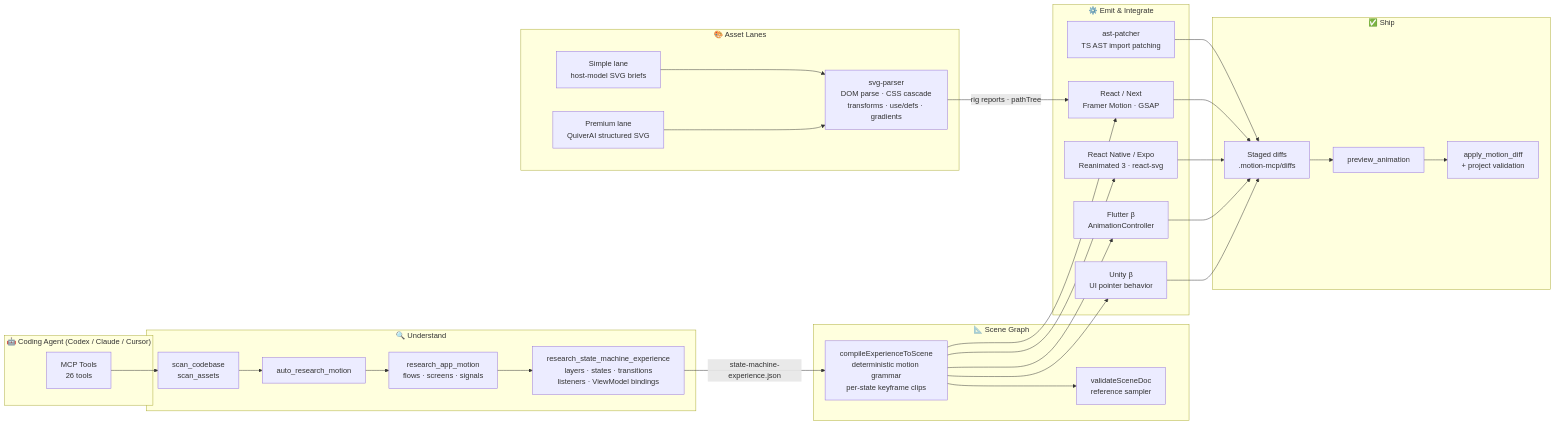
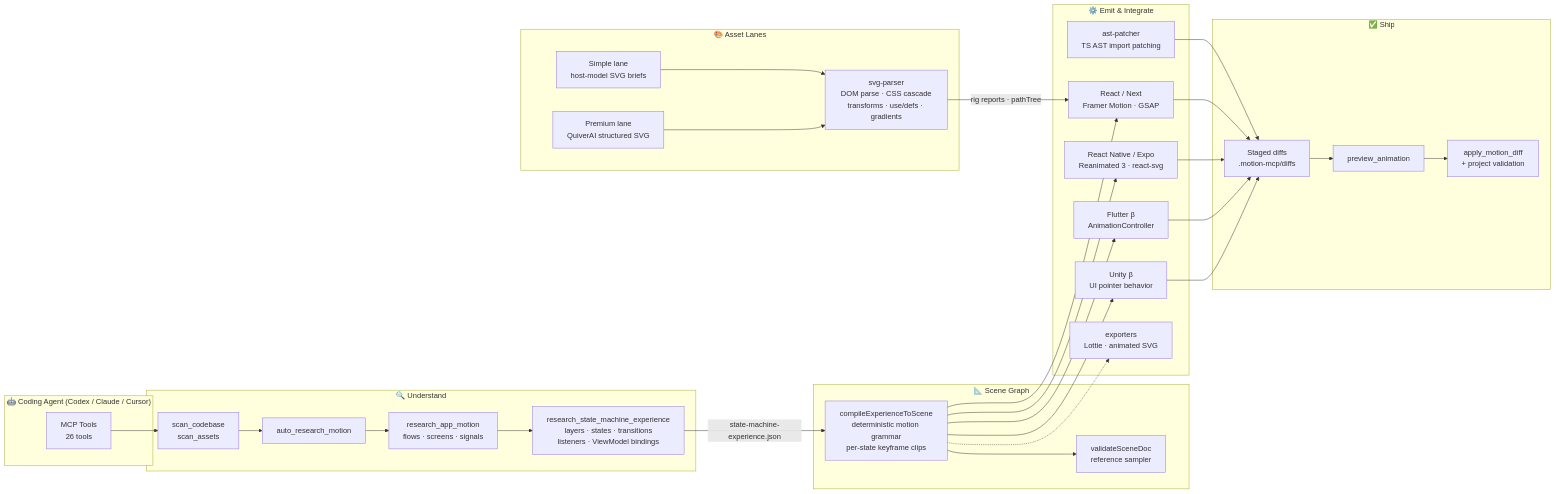
The first of 2 diagrams in README.md (itsoumya-d/motion-mcp), drawn with Mermaid before and after one commit. The commit also changed other lines of this file and 18 other files, not shown here.

First line of the commit message:
feat: SceneDoc player, Lottie/animated-SVG exporters, export_animation tool

````diff
--- a/README.md
+++ b/README.md
@@ -40,48 +40,50 @@
 ```mermaid
 flowchart LR
     subgraph AGENT["🤖 Coding Agent (Codex / Claude / Cursor)"]
         T["MCP Tools<br/>26 tools"]
     end
 
     subgraph RESEARCH["🔍 Understand"]
         S["scan_codebase<br/>scan_assets"] --> R1["auto_research_motion"]
         R1 --> R2["research_app_motion<br/>flows · screens · signals"]
         R2 --> R3["research_state_machine_experience<br/>layers · states · transitions<br/>listeners · ViewModel bindings"]
     end
 
     subgraph ASSETS["🎨 Asset Lanes"]
         A1["Simple lane<br/>host-model SVG briefs"]
         A2["Premium lane<br/>QuiverAI structured SVG"]
         A3["svg-parser<br/>DOM parse · CSS cascade<br/>transforms · use/defs · gradients"]
         A1 --> A3
         A2 --> A3
     end
 
     subgraph SCENE["📐 Scene Graph"]
         SG["compileExperienceToScene<br/>deterministic motion grammar<br/>per-state keyframe clips"]
         V["validateSceneDoc<br/>reference sampler"]
         SG --> V
     end
 
     subgraph EMIT["⚙️ Emit & Integrate"]
         E1["React / Next<br/>Framer Motion · GSAP"]
         E2["React Native / Expo<br/>Reanimated 3 · react-svg"]
         E3["Flutter β<br/>AnimationController"]
         E4["Unity β<br/>UI pointer behavior"]
         P["ast-patcher<br/>TS AST import patching"]
+        EX["exporters<br/>Lottie · animated SVG"]
     end
 
     subgraph SHIP["✅ Ship"]
         D["Staged diffs<br/>.motion-mcp/diffs"]
         PV["preview_animation"]
         AP["apply_motion_diff<br/>+ project validation"]
     end
 
     T --> S
     R3 -->|"state-machine-experience.json"| SG
     A3 -->|"rig reports · pathTree"| E1
     SG --> E1 & E2 & E3 & E4
     P --> D
     E1 & E2 & E3 & E4 --> D
+    SG -.-> EX
     D --> PV --> AP
 ```
````
